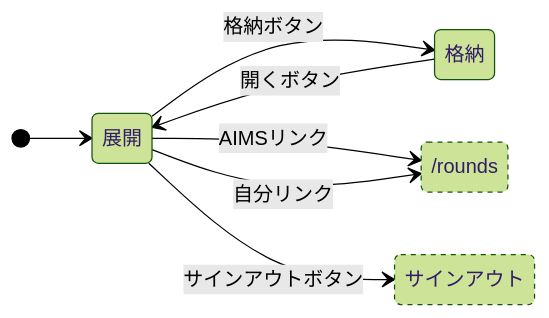
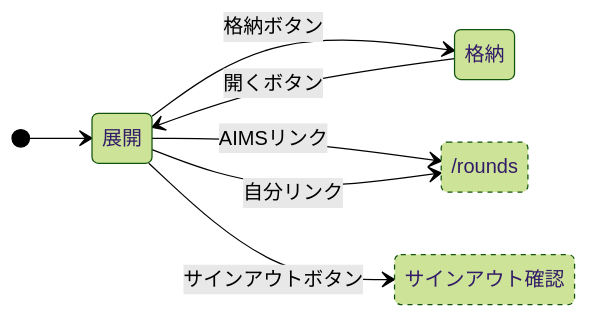
Before and after one commit to yukiyamasaki6/aims: diagram 12 of 13 in docs/screen-state.md, drawn with Mermaid (forest theme). The commit also changed other lines of this file and 4 other files, not shown here.

````diff
--- a/docs/screen-state.md
+++ b/docs/screen-state.md
@@ -366,18 +364,18 @@
 ```mermaid
 stateDiagram-v2
     direction LR
     state "/rounds" as Rounds
-    state "サインアウト" as SignOutFlow
+    state "サインアウト確認" as SignOutFlow
 
     [*] --> 展開
 
     展開 --> 格納: 格納ボタン
     展開 --> Rounds: AIMSリンク
     展開 --> Rounds: 自分リンク
     展開 --> SignOutFlow: サインアウトボタン
 
     格納 --> 展開: 開くボタン
 
     classDef external stroke-dasharray: 4 4
     class Rounds,SignOutFlow external
 ```
````
